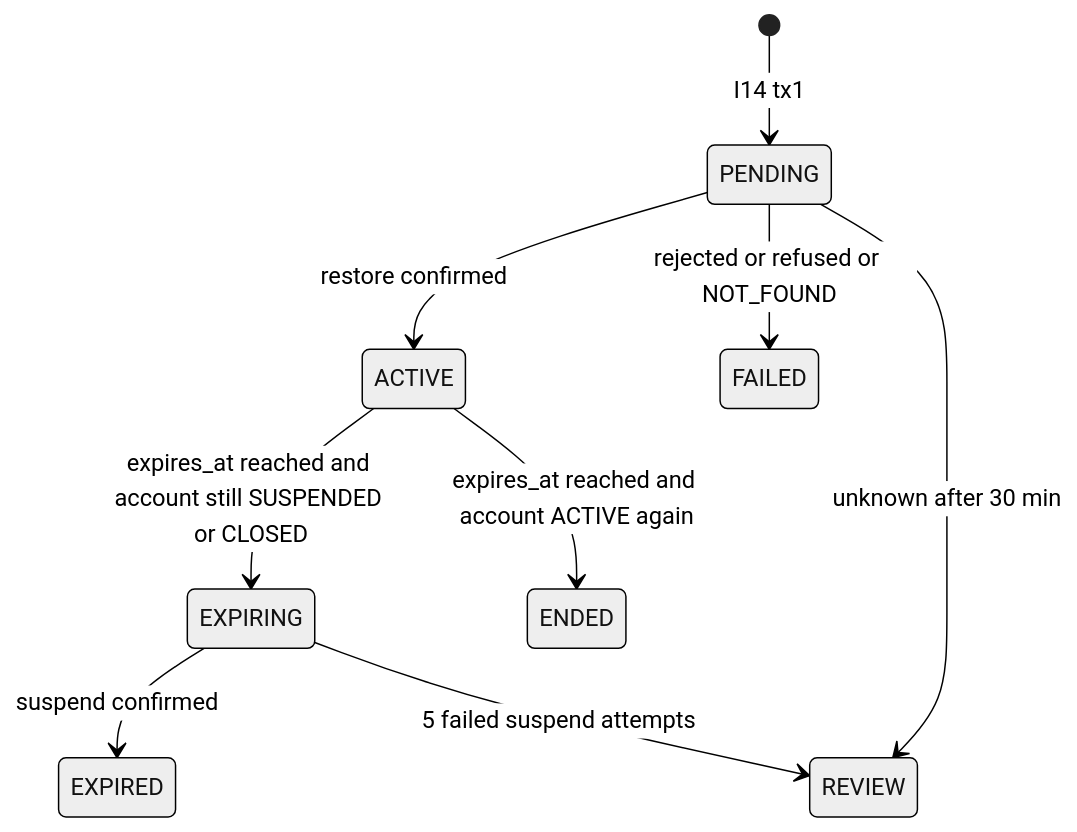
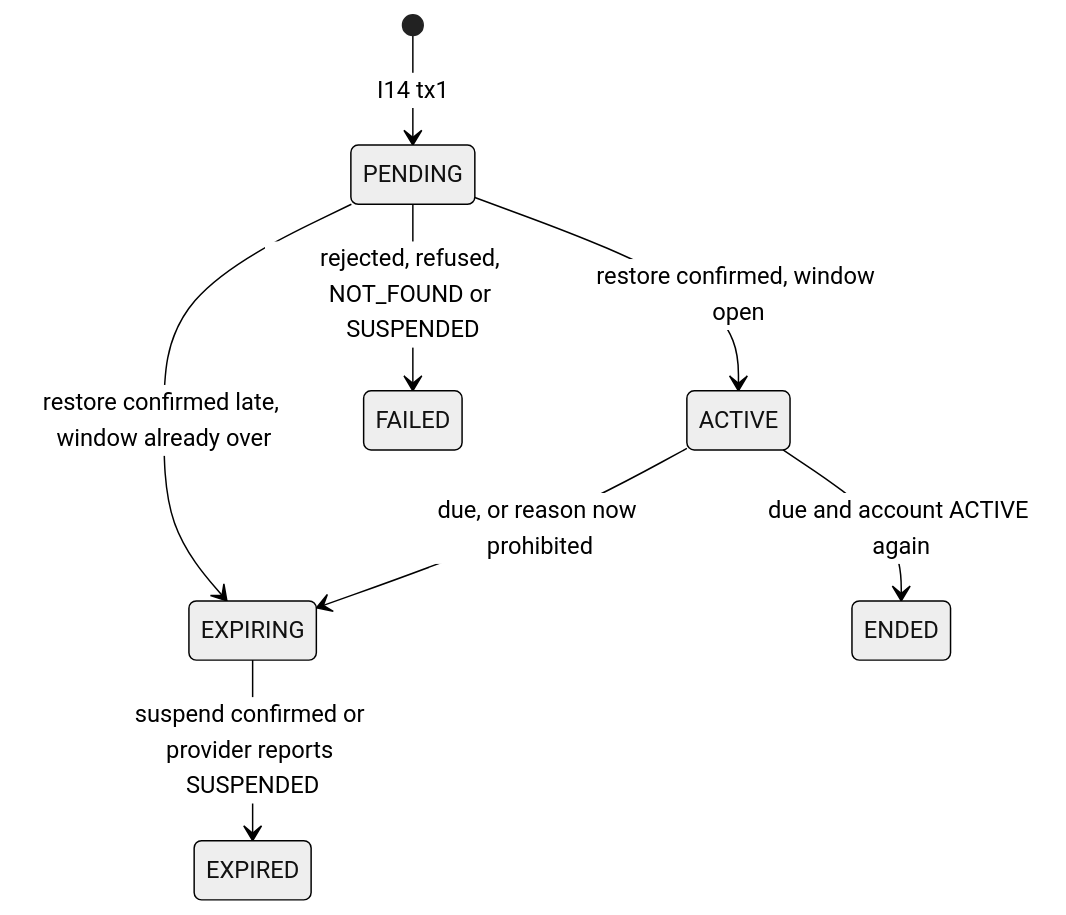
One commit to manjunathyadavs1998/telecom-support changed the second of 2 diagrams in docs/design/03-inbound/backend.md. Above: the diagram before and after it, drawn with Mermaid (neutral theme). The commit also changed other lines of this file and 8 other files, not shown here.

````diff
--- a/docs/design/03-inbound/backend.md
+++ b/docs/design/03-inbound/backend.md
@@ -77,11 +83,10 @@
 ```mermaid
 stateDiagram-v2
   [*] --> PENDING: I14 tx1
-  PENDING --> ACTIVE: restore confirmed
-  PENDING --> FAILED: rejected or refused or NOT_FOUND
-  PENDING --> REVIEW: unknown after 30 min
-  ACTIVE --> EXPIRING: expires_at reached and account still SUSPENDED or CLOSED
-  ACTIVE --> ENDED: expires_at reached and account ACTIVE again
-  EXPIRING --> EXPIRED: suspend confirmed
-  EXPIRING --> REVIEW: 5 failed suspend attempts
+  PENDING --> ACTIVE: restore confirmed, window open
+  PENDING --> EXPIRING: restore confirmed late, window already over
+  PENDING --> FAILED: rejected, refused, NOT_FOUND or SUSPENDED
+  ACTIVE --> ENDED: due and account ACTIVE again
+  ACTIVE --> EXPIRING: due, or reason now prohibited
+  EXPIRING --> EXPIRED: suspend confirmed or provider reports SUSPENDED
 ```
````
